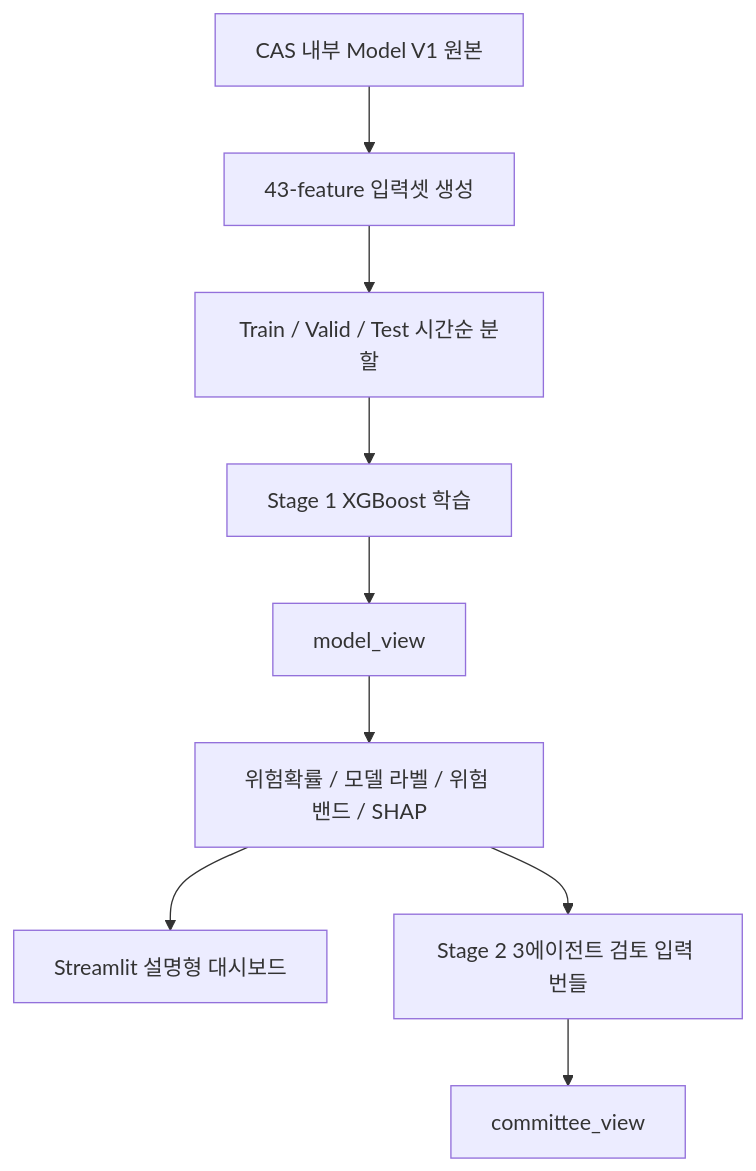
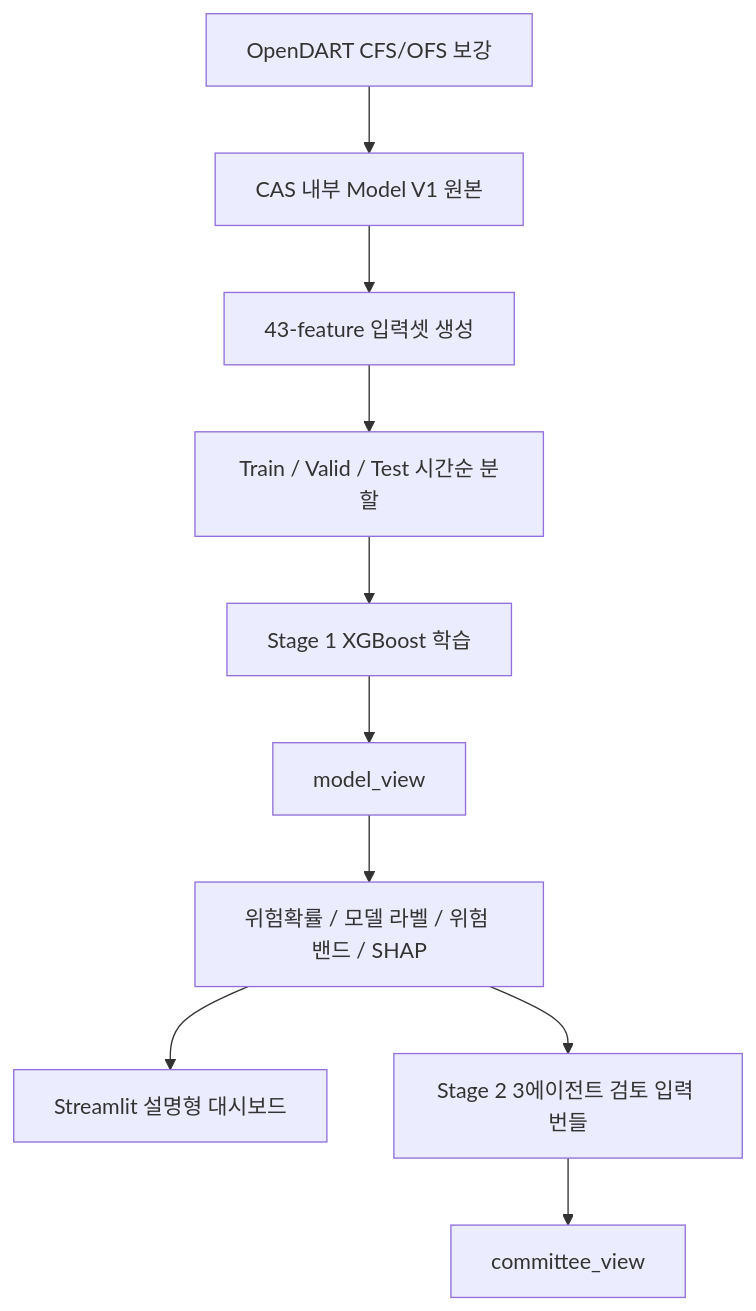
One commit to LADTO-develop/Corporate-Analysis-System changed the diagram in README.md. Above: the diagram before and after it, drawn with Mermaid. The commit also changed other lines of this file and 80 other files, not shown here.

Commit message:
Finalize OpenDART supplements and Stage 2 diagnostics

````diff
--- a/README.md
+++ b/README.md
@@ -94,11 +112,12 @@
 ```mermaid
 flowchart TD
     A["CAS 내부 Model V1 원본"] --> B["43-feature 입력셋 생성"]
+    A1["OpenDART CFS/OFS 보강"] --> A
     B --> C["Train / Valid / Test 시간순 분할"]
     C --> D["Stage 1 XGBoost 학습"]
     D --> E["model_view"]
     E --> F["위험확률 / 모델 라벨 / 위험 밴드 / SHAP"]
     F --> G["Streamlit 설명형 대시보드"]
     F --> H["Stage 2 3에이전트 검토 입력 번들"]
     H --> I["committee_view"]
 ```
````
